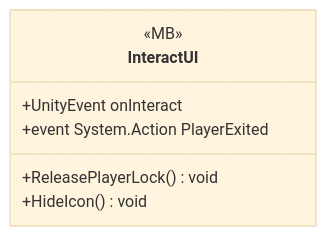
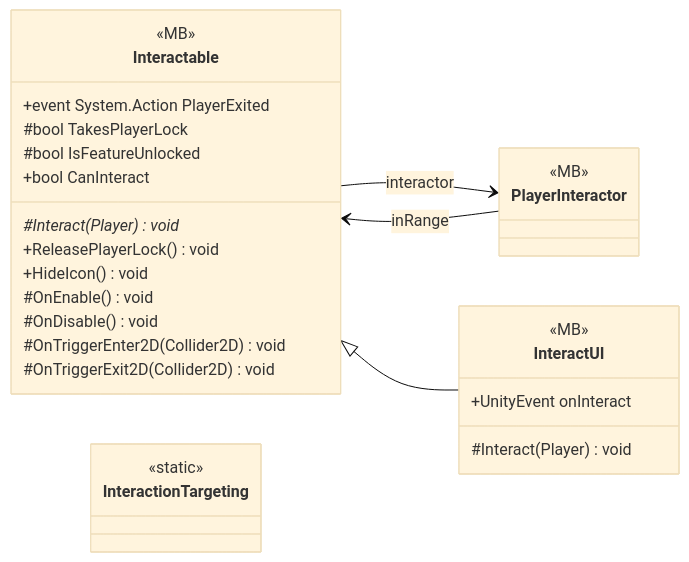
The diagram in docs/uml/modules/Gameplay_Interaction.md (PhumipatWave/project-ocean), drawn with Mermaid (base theme) before and after one commit. The commit also changed other lines of this file and 102 other files, not shown here.

Commit message:
Refactor interact system

````diff
--- a/docs/uml/modules/Gameplay_Interaction.md
+++ b/docs/uml/modules/Gameplay_Interaction.md
@@ -7,11 +7,33 @@
 ```mermaid
 classDiagram
   direction LR
+  class Interactable {
+    <<MB>>
+    <<abstract>>
+    +event System.Action PlayerExited
+    #bool TakesPlayerLock
+    #bool IsFeatureUnlocked
+    +bool CanInteract
+    #Interact(Player)* void
+    +ReleasePlayerLock() void
+    +HideIcon() void
+    #OnEnable() void
+    #OnDisable() void
+    #OnTriggerEnter2D(Collider2D) void
+    #OnTriggerExit2D(Collider2D) void
+  }
+  class InteractionTargeting {
+    <<static>>
+  }
   class InteractUI {
     <<MB>>
     +UnityEvent onInteract
-    +event System.Action PlayerExited
-    +ReleasePlayerLock() void
-    +HideIcon() void
+    #Interact(Player) void
   }
+  class PlayerInteractor {
+    <<MB>>
+  }
+  Interactable --> PlayerInteractor : interactor
+  Interactable <|-- InteractUI
+  PlayerInteractor --> Interactable : inRange
 ```
````
